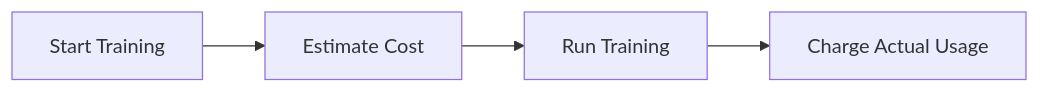
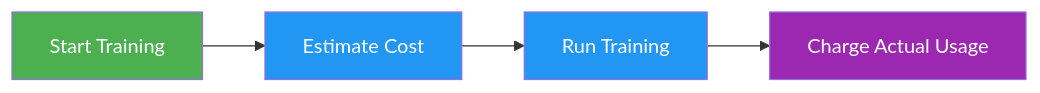
One commit to Dadalia1917/Yolo-RT-DETR-TrainCode changed the diagram in docs/en/platform/account/billing.md. Above: the diagram before and after it, drawn with Mermaid. The commit also changed other lines of this file and 767 other files, not shown here.

````diff
--- a/docs/en/platform/account/billing.md
+++ b/docs/en/platform/account/billing.md
@@ -171,6 +171,10 @@
 ```mermaid
 flowchart LR
-    A[Start Training] --> B[Estimate Cost]
-    B --> C[Run Training]
-    C --> D[Charge Actual Usage]
+    A[Start Training]:::start --> B[Estimate Cost]:::proc
+    B --> C[Run Training]:::proc
+    C --> D[Charge Actual Usage]:::out
+
+    classDef start fill:#4CAF50,color:#fff
+    classDef proc fill:#2196F3,color:#fff
+    classDef out fill:#9C27B0,color:#fff
 ```
````
